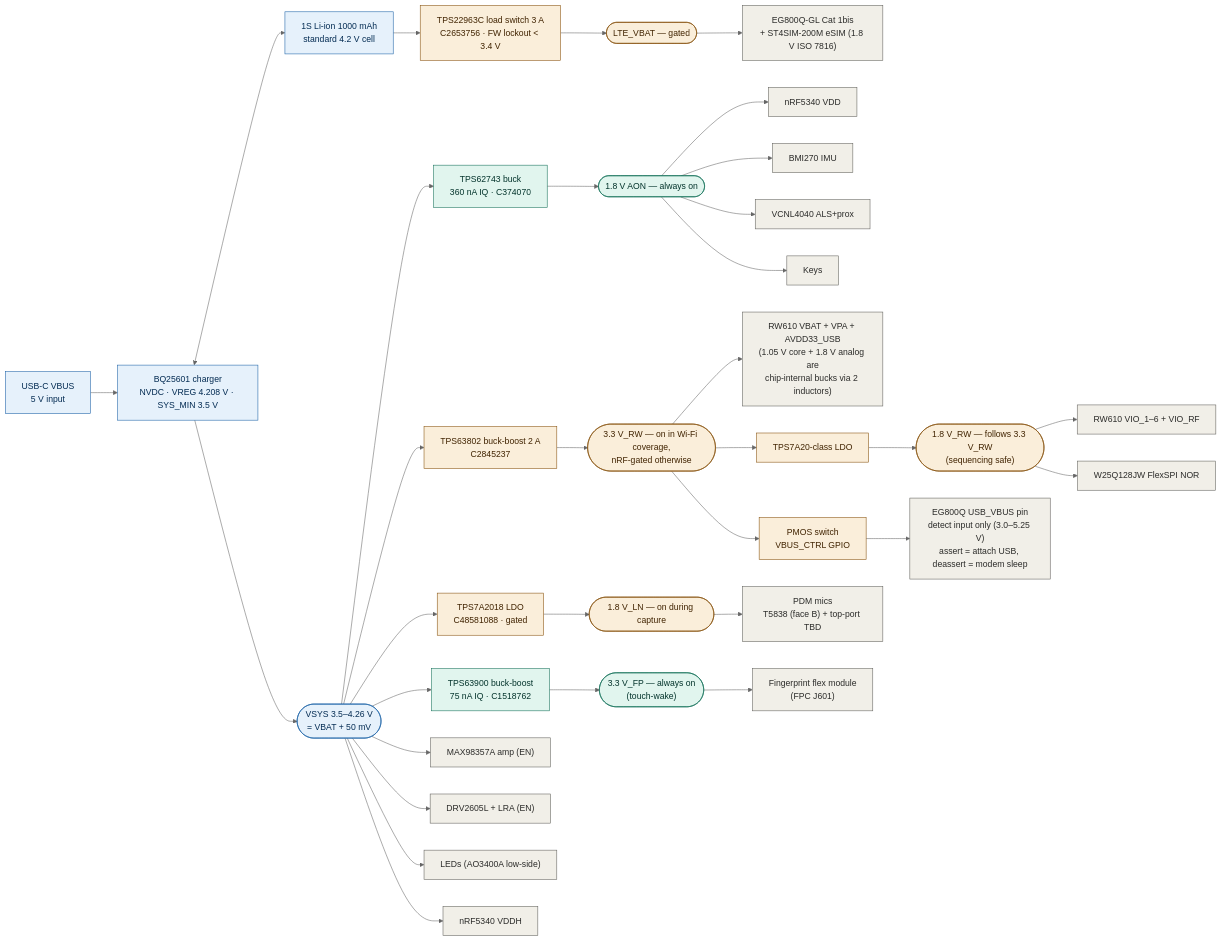
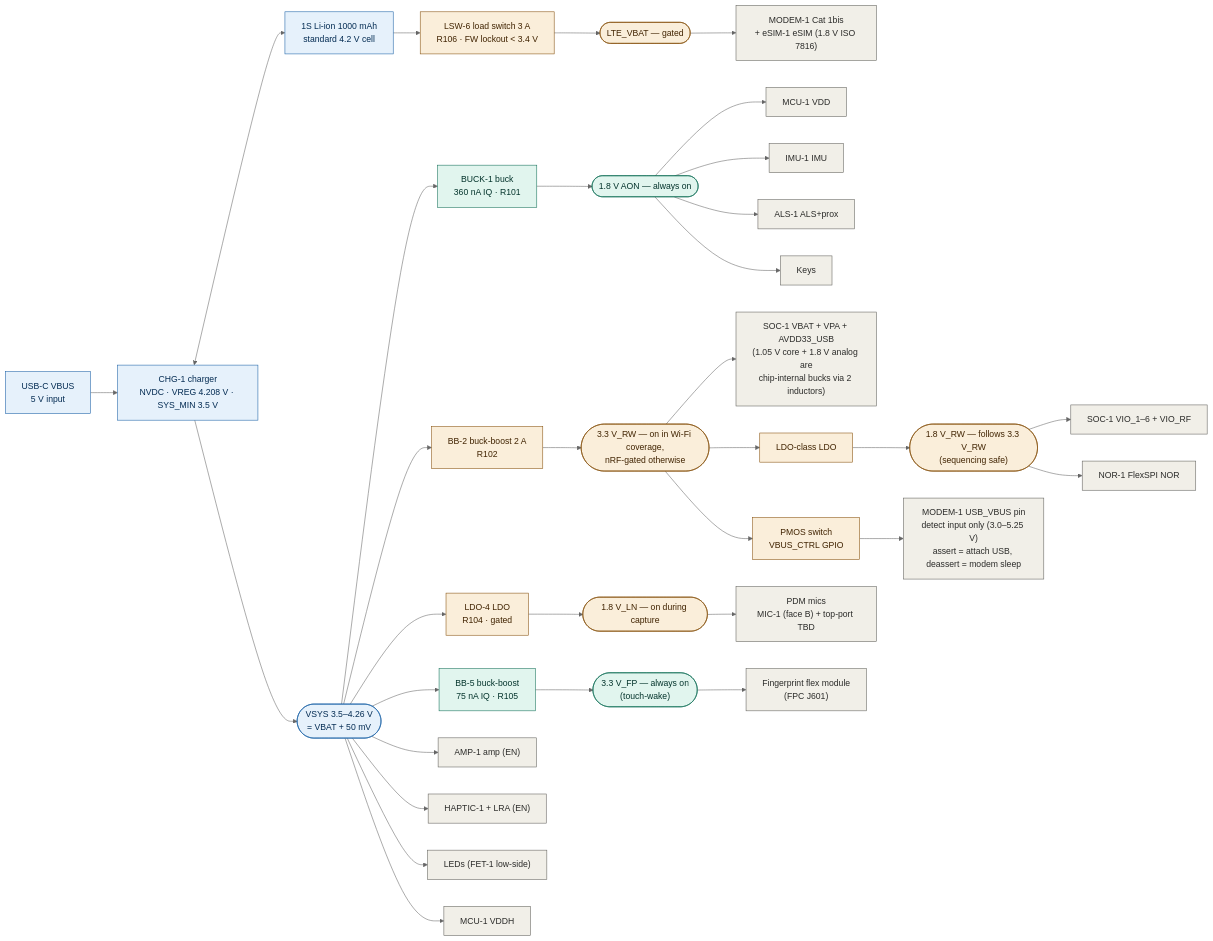
Before and after one commit to casimir-engineering/shenzhen-pdf: the diagram in portable/mac/tests/markdown/fixtures/power-tree.md, drawn with Mermaid (neutral theme). The commit also changed other lines of this file and 5037 other files, not shown here.

````diff
--- a/portable/mac/tests/markdown/fixtures/power-tree.md
+++ b/portable/mac/tests/markdown/fixtures/power-tree.md
@@ -7,56 +7,56 @@
 ```mermaid
 flowchart LR
   classDef aon fill:#e1f5ee,stroke:#0f6e56,color:#04342c
   classDef gated fill:#faeeda,stroke:#854f0b,color:#412402
   classDef src fill:#e6f1fb,stroke:#185fa5,color:#042c53
   classDef load fill:#f1efe8,stroke:#5f5e5a,color:#2c2c2a
 
   USB["USB-C VBUS<br/>5 V input"]:::src
-  CHG["BQ25601 charger<br/>NVDC · VREG 4.208 V · SYS_MIN 3.5 V"]:::src
+  CHG["CHG-1 charger<br/>NVDC · VREG 4.208 V · SYS_MIN 3.5 V"]:::src
   BAT["1S Li-ion 1000 mAh<br/>standard 4.2 V cell"]:::src
   VSYS(["VSYS 3.5–4.26 V<br/>= VBAT + 50 mV"]):::src
 
   USB --> CHG
   CHG <--> BAT
   CHG --> VSYS
 
-  U101["TPS62743 buck<br/>360 nA IQ · C374070"]:::aon
+  U101["BUCK-1 buck<br/>360 nA IQ · R101"]:::aon
   AON(["1.8 V AON — always on"]):::aon
   VSYS --> U101 --> AON
-  AON --> NRF["nRF5340 VDD"]:::load
-  AON --> IMU["BMI270 IMU"]:::load
-  AON --> ALS["VCNL4040 ALS+prox"]:::load
+  AON --> NRF["MCU-1 VDD"]:::load
+  AON --> IMU["IMU-1 IMU"]:::load
+  AON --> ALS["ALS-1 ALS+prox"]:::load
   AON --> KEYS["Keys"]:::load
 
-  U102["TPS63802 buck-boost 2 A<br/>C2845237"]:::gated
+  U102["BB-2 buck-boost 2 A<br/>R102"]:::gated
   RW33(["3.3 V_RW — on in Wi-Fi coverage,<br/>nRF-gated otherwise"]):::gated
   VSYS --> U102 --> RW33
-  RW33 --> RWPWR["RW610 VBAT + VPA + AVDD33_USB<br/>(1.05 V core + 1.8 V analog are<br/>chip-internal bucks via 2 inductors)"]:::load
-  U103["TPS7A20-class LDO"]:::gated
+  RW33 --> RWPWR["SOC-1 VBAT + VPA + AVDD33_USB<br/>(1.05 V core + 1.8 V analog are<br/>chip-internal bucks via 2 inductors)"]:::load
+  U103["LDO-class LDO"]:::gated
   RW18(["1.8 V_RW — follows 3.3 V_RW<br/>(sequencing safe)"]):::gated
   RW33 --> U103 --> RW18
-  RW18 --> RWVIO["RW610 VIO_1–6 + VIO_RF"]:::load
-  RW18 --> NOR["W25Q128JW FlexSPI NOR"]:::load
+  RW18 --> RWVIO["SOC-1 VIO_1–6 + VIO_RF"]:::load
+  RW18 --> NOR["NOR-1 FlexSPI NOR"]:::load
   PMOS["PMOS switch<br/>VBUS_CTRL GPIO"]:::gated
-  RW33 --> PMOS --> VBUSDET["EG800Q USB_VBUS pin<br/>detect input only (3.0–5.25 V)<br/>assert = attach USB, deassert = modem sleep"]:::load
+  RW33 --> PMOS --> VBUSDET["MODEM-1 USB_VBUS pin<br/>detect input only (3.0–5.25 V)<br/>assert = attach USB, deassert = modem sleep"]:::load
 
-  U104["TPS7A2018 LDO<br/>C48581088 · gated"]:::gated
+  U104["LDO-4 LDO<br/>R104 · gated"]:::gated
   LN(["1.8 V_LN — on during capture"]):::gated
   VSYS --> U104 --> LN
-  LN --> MICS["PDM mics<br/>T5838 (face B) + top-port TBD"]:::load
+  LN --> MICS["PDM mics<br/>MIC-1 (face B) + top-port TBD"]:::load
 
-  U105["TPS63900 buck-boost<br/>75 nA IQ · C1518762"]:::aon
+  U105["BB-5 buck-boost<br/>75 nA IQ · R105"]:::aon
   FP(["3.3 V_FP — always on<br/>(touch-wake)"]):::aon
   VSYS --> U105 --> FP
   FP --> FPMOD["Fingerprint flex module<br/>(FPC J601)"]:::load
 
-  SW["TPS22963C load switch 3 A<br/>C2653756 · FW lockout &lt; 3.4 V"]:::gated
+  SW["LSW-6 load switch 3 A<br/>R106 · FW lockout &lt; 3.4 V"]:::gated
   LTE(["LTE_VBAT — gated"]):::gated
   BAT --> SW --> LTE
-  LTE --> MODEM["EG800Q-GL Cat 1bis<br/>+ ST4SIM-200M eSIM (1.8 V ISO 7816)"]:::load
+  LTE --> MODEM["MODEM-1 Cat 1bis<br/>+ eSIM-1 eSIM (1.8 V ISO 7816)"]:::load
 
-  VSYS --> AMP["MAX98357A amp (EN)"]:::load
-  VSYS --> HAP["DRV2605L + LRA (EN)"]:::load
-  VSYS --> LED["LEDs (AO3400A low-side)"]:::load
-  VSYS --> VDDH["nRF5340 VDDH"]:::load
+  VSYS --> AMP["AMP-1 amp (EN)"]:::load
+  VSYS --> HAP["HAPTIC-1 + LRA (EN)"]:::load
+  VSYS --> LED["LEDs (FET-1 low-side)"]:::load
+  VSYS --> VDDH["MCU-1 VDDH"]:::load
 ```
````
